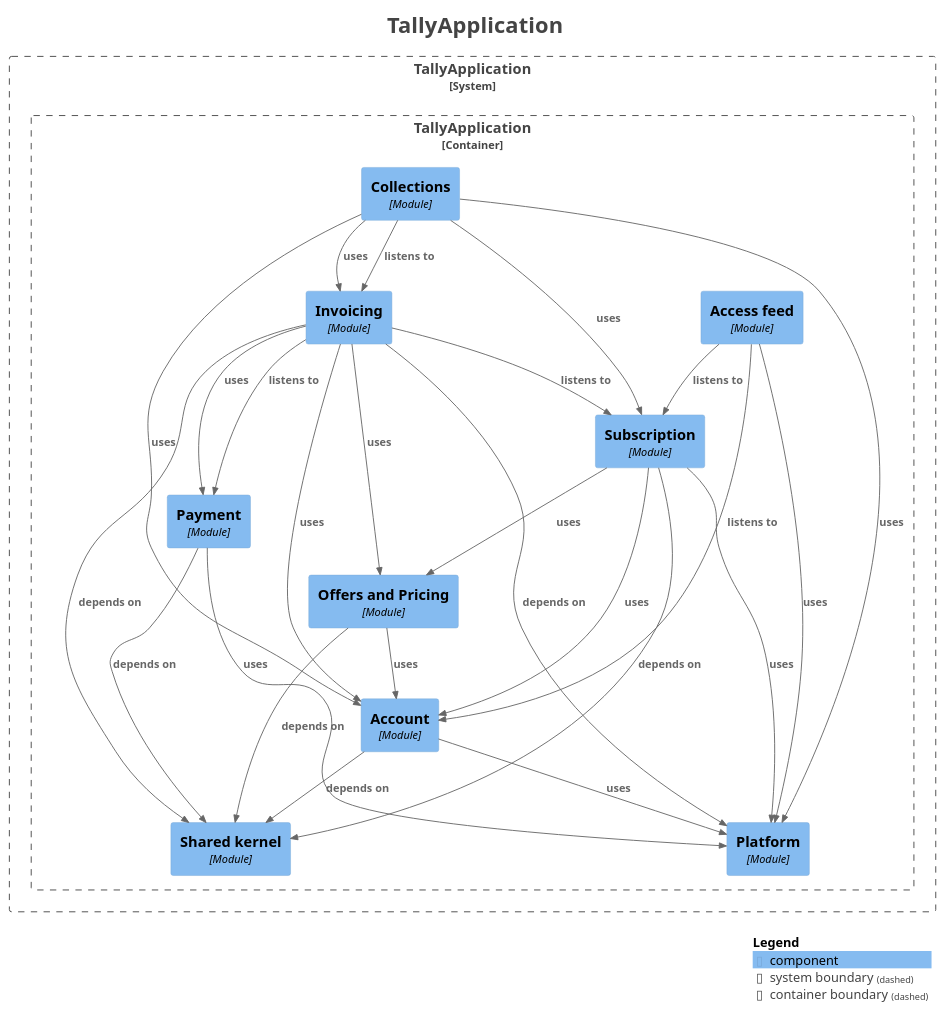
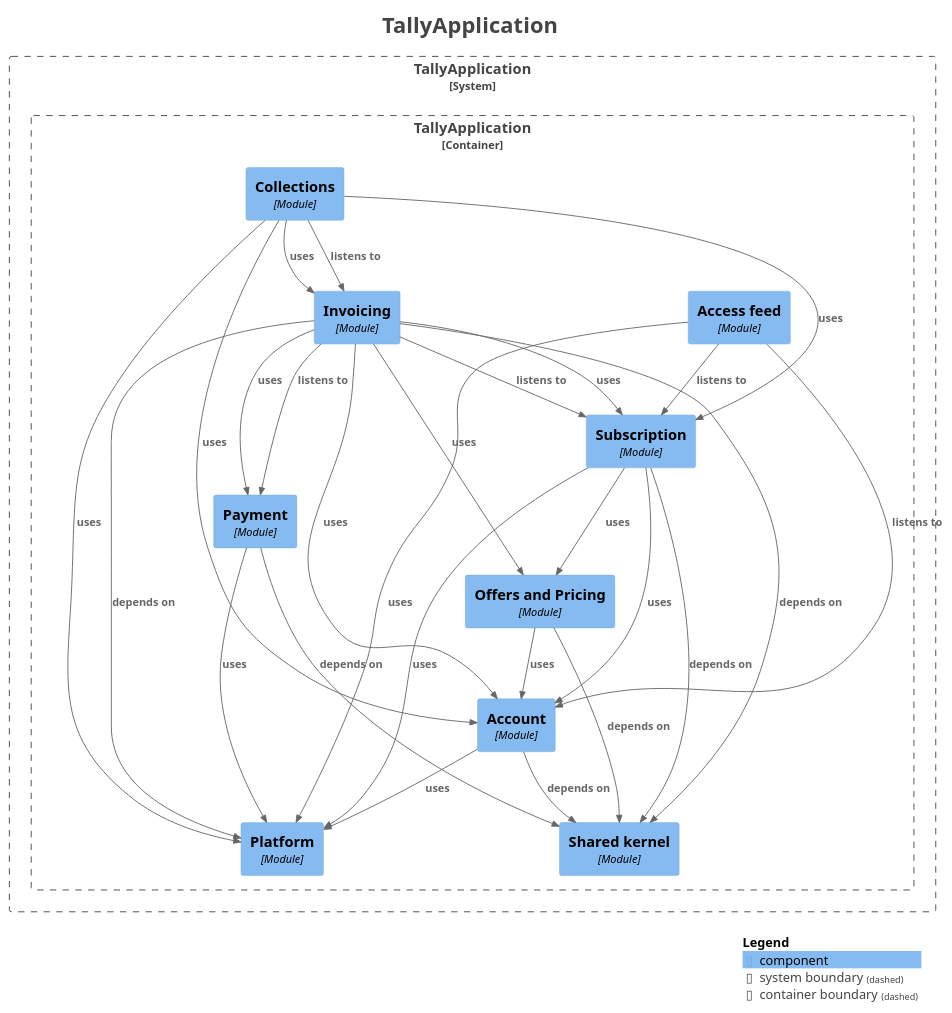
One commit to waleedarafa/tally changed the diagram in docs/architecture/v2/components.puml. Above: the diagram before and after it, drawn with PlantUML. The commit also changed 52 other files, not shown here.

```diff
--- a/docs/architecture/v2/components.puml
+++ b/docs/architecture/v2/components.puml
@@ -1,61 +1,62 @@
 @startuml
 title <size:24>TallyApplication</size>
 
 set separator none
 top to bottom direction
 
 <style>
   root {
     BackgroundColor: #ffffff
     FontColor: #444444
   }
 </style>
 
 !include <C4/C4>
 !include <C4/C4_Context>
 !include <C4/C4_Component>
 
 System_Boundary("TallyApplication_boundary", "TallyApplication", $tags="") {
   Container_Boundary("TallyApplication.TallyApplication_boundary", "TallyApplication", $tags="") {
     Component(TallyApplication.TallyApplication.Accessfeed, "Access feed", $techn="Module", $descr="", $tags="", $link="")
     Component(TallyApplication.TallyApplication.Account, "Account", $techn="Module", $descr="", $tags="", $link="")
     Component(TallyApplication.TallyApplication.Collections, "Collections", $techn="Module", $descr="", $tags="", $link="")
     Component(TallyApplication.TallyApplication.Invoicing, "Invoicing", $techn="Module", $descr="", $tags="", $link="")
     Component(TallyApplication.TallyApplication.OffersandPricing, "Offers and Pricing", $techn="Module", $descr="", $tags="", $link="")
     Component(TallyApplication.TallyApplication.Payment, "Payment", $techn="Module", $descr="", $tags="", $link="")
     Component(TallyApplication.TallyApplication.Platform, "Platform", $techn="Module", $descr="", $tags="", $link="")
     Component(TallyApplication.TallyApplication.Sharedkernel, "Shared kernel", $techn="Module", $descr="", $tags="", $link="")
     Component(TallyApplication.TallyApplication.Subscription, "Subscription", $techn="Module", $descr="", $tags="", $link="")
   }
 
 }
 
 Rel(TallyApplication.TallyApplication.Accessfeed, TallyApplication.TallyApplication.Account, "listens to", $techn="", $tags="", $link="")
 Rel(TallyApplication.TallyApplication.Accessfeed, TallyApplication.TallyApplication.Platform, "uses", $techn="", $tags="", $link="")
 Rel(TallyApplication.TallyApplication.Accessfeed, TallyApplication.TallyApplication.Subscription, "listens to", $techn="", $tags="", $link="")
 Rel(TallyApplication.TallyApplication.Account, TallyApplication.TallyApplication.Platform, "uses", $techn="", $tags="", $link="")
 Rel(TallyApplication.TallyApplication.Account, TallyApplication.TallyApplication.Sharedkernel, "depends on", $techn="", $tags="", $link="")
 Rel(TallyApplication.TallyApplication.Collections, TallyApplication.TallyApplication.Account, "uses", $techn="", $tags="", $link="")
 Rel(TallyApplication.TallyApplication.Collections, TallyApplication.TallyApplication.Invoicing, "listens to", $techn="", $tags="", $link="")
 Rel(TallyApplication.TallyApplication.Collections, TallyApplication.TallyApplication.Invoicing, "uses", $techn="", $tags="", $link="")
 Rel(TallyApplication.TallyApplication.Collections, TallyApplication.TallyApplication.Platform, "uses", $techn="", $tags="", $link="")
 Rel(TallyApplication.TallyApplication.Collections, TallyApplication.TallyApplication.Subscription, "uses", $techn="", $tags="", $link="")
 Rel(TallyApplication.TallyApplication.Invoicing, TallyApplication.TallyApplication.Account, "uses", $techn="", $tags="", $link="")
 Rel(TallyApplication.TallyApplication.Invoicing, TallyApplication.TallyApplication.OffersandPricing, "uses", $techn="", $tags="", $link="")
 Rel(TallyApplication.TallyApplication.Invoicing, TallyApplication.TallyApplication.Payment, "listens to", $techn="", $tags="", $link="")
 Rel(TallyApplication.TallyApplication.Invoicing, TallyApplication.TallyApplication.Payment, "uses", $techn="", $tags="", $link="")
 Rel(TallyApplication.TallyApplication.Invoicing, TallyApplication.TallyApplication.Platform, "depends on", $techn="", $tags="", $link="")
 Rel(TallyApplication.TallyApplication.Invoicing, TallyApplication.TallyApplication.Sharedkernel, "depends on", $techn="", $tags="", $link="")
 Rel(TallyApplication.TallyApplication.Invoicing, TallyApplication.TallyApplication.Subscription, "listens to", $techn="", $tags="", $link="")
+Rel(TallyApplication.TallyApplication.Invoicing, TallyApplication.TallyApplication.Subscription, "uses", $techn="", $tags="", $link="")
 Rel(TallyApplication.TallyApplication.OffersandPricing, TallyApplication.TallyApplication.Account, "uses", $techn="", $tags="", $link="")
 Rel(TallyApplication.TallyApplication.OffersandPricing, TallyApplication.TallyApplication.Sharedkernel, "depends on", $techn="", $tags="", $link="")
 Rel(TallyApplication.TallyApplication.Payment, TallyApplication.TallyApplication.Platform, "uses", $techn="", $tags="", $link="")
 Rel(TallyApplication.TallyApplication.Payment, TallyApplication.TallyApplication.Sharedkernel, "depends on", $techn="", $tags="", $link="")
 Rel(TallyApplication.TallyApplication.Subscription, TallyApplication.TallyApplication.Account, "uses", $techn="", $tags="", $link="")
 Rel(TallyApplication.TallyApplication.Subscription, TallyApplication.TallyApplication.OffersandPricing, "uses", $techn="", $tags="", $link="")
 Rel(TallyApplication.TallyApplication.Subscription, TallyApplication.TallyApplication.Platform, "uses", $techn="", $tags="", $link="")
 Rel(TallyApplication.TallyApplication.Subscription, TallyApplication.TallyApplication.Sharedkernel, "depends on", $techn="", $tags="", $link="")
 
 SHOW_LEGEND(true)
 hide stereotypes
 @enduml
```
